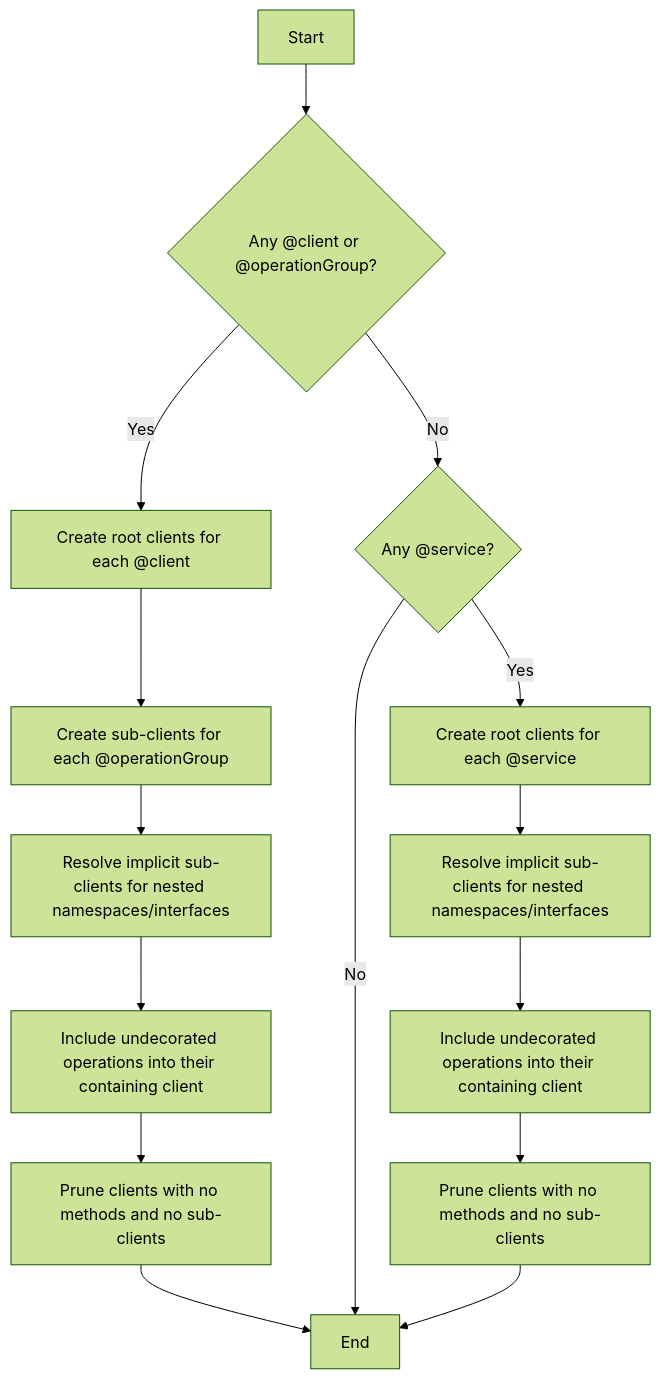
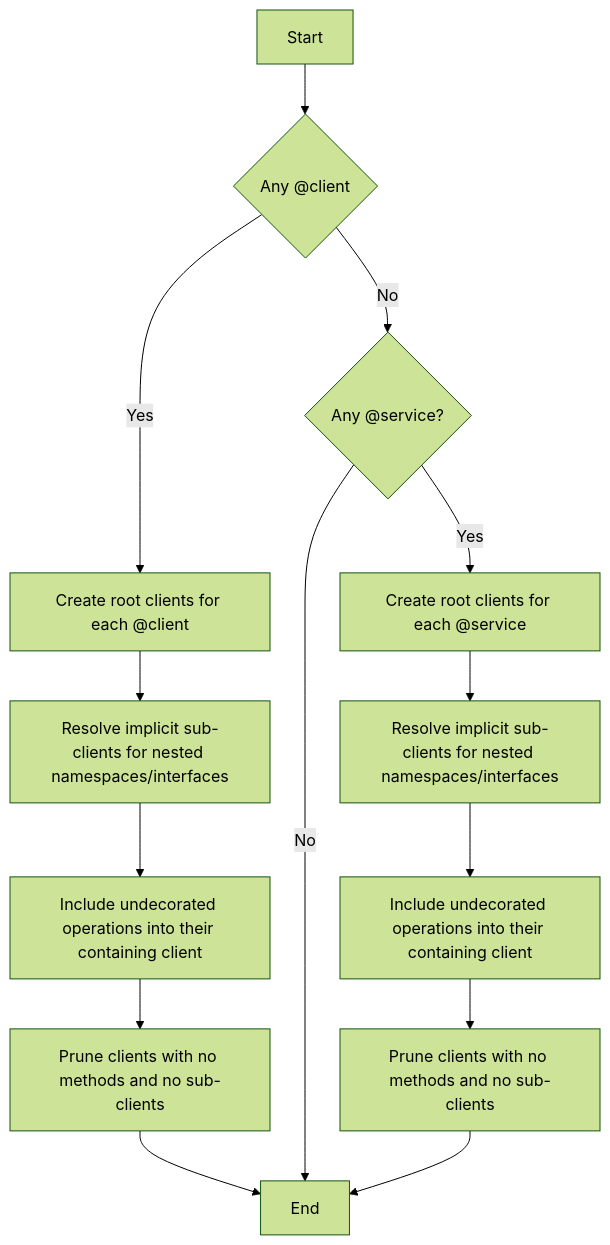
One commit to microsoft/typespec changed the diagram in packages/http-client/docs/conceptual/client-resolution.md. Above: the diagram before and after it, drawn with Mermaid (forest theme). The commit also changed other lines of this file and 3 other files, not shown here.

````diff
--- a/packages/http-client/docs/conceptual/client-resolution.md
+++ b/packages/http-client/docs/conceptual/client-resolution.md
@@ -31,19 +31,18 @@
 ```mermaid
 flowchart TD
-  A[Start] --> B{Any @client or @operationGroup?}
+  A[Start] --> B{Any @client}
 
   B -->|Yes| C1[Create root clients for each @client]
-  C1 --> C2[Create sub-clients for each @operationGroup]
-  C2 --> C3[Resolve implicit sub-clients for nested namespaces/interfaces]
+  C1 --> C3[Resolve implicit sub-clients for nested namespaces/interfaces]
   C3 --> C4[Include undecorated operations into their containing client]
   C4 --> C5[Prune clients with no methods and no sub-clients]
   C5 --> Z[End]
 
   B -->|No| D{Any @service?}
   D -->|No| Z
   D -->|Yes| E1[Create root clients for each @service]
   E1 --> E2[Resolve implicit sub-clients for nested namespaces/interfaces]
   E2 --> E3[Include undecorated operations into their containing client]
   E3 --> E4[Prune clients with no methods and no sub-clients]
   E4 --> Z
 ```
````
